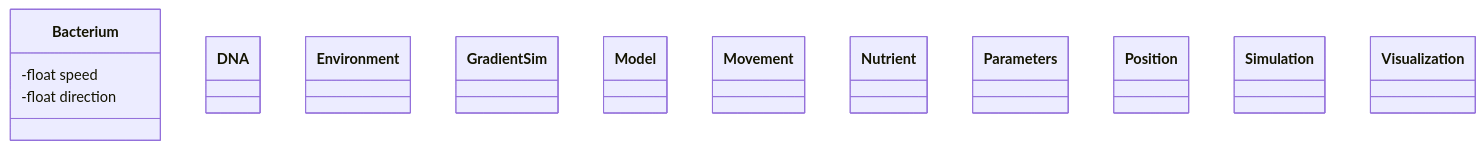
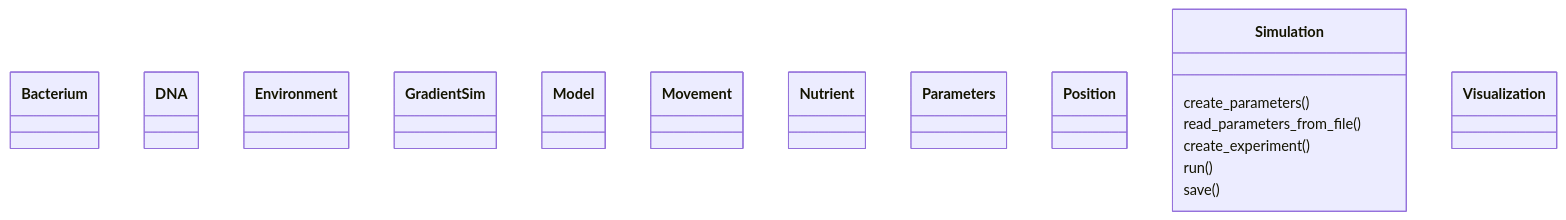
One commit to programming-formalisms/programming_formalisms_project_summer_2024 changed the diagram in learners/karnair/README.md. Above: the diagram before and after it, drawn with Mermaid.

````diff
--- a/learners/karnair/README.md
+++ b/learners/karnair/README.md
@@ -21,48 +21,53 @@
 ```mermaid
 classDiagram
 
 class Bacterium{
-        -float speed
-        -float direction
+    
                }
 
   class DNA {
     
   }
 
   class Environment {
     
   }
 
   class GradientSim {
+
     
   }
 
   class Model {
     
   }
 
   class Movement {
     
   }
 
   class Nutrient {
     
   }
 
   class Parameters {
     
   }
 
   class Position {
     
   }
 
   class Simulation {
+    create_parameters()
+    read_parameters_from_file()
+    create_experiment()
+    run()
+    save()
     
   }
 
   class Visualization {
     
   }
 ```
````
